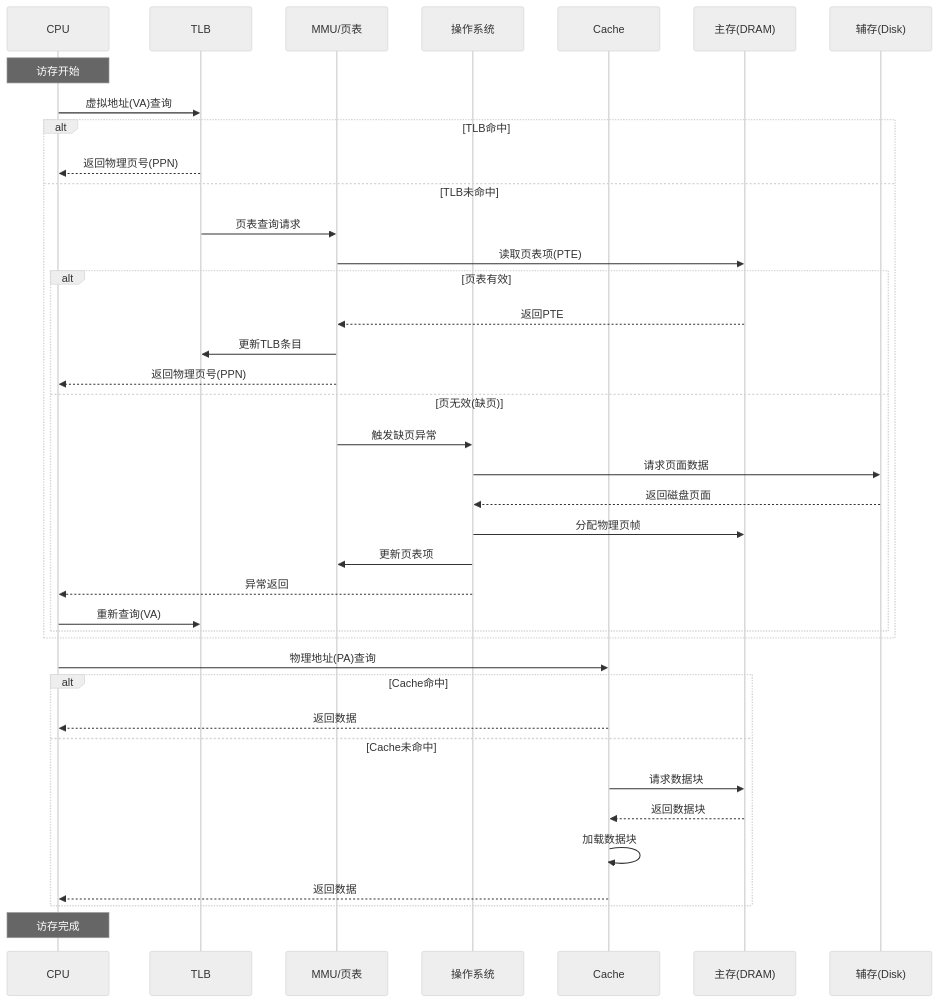
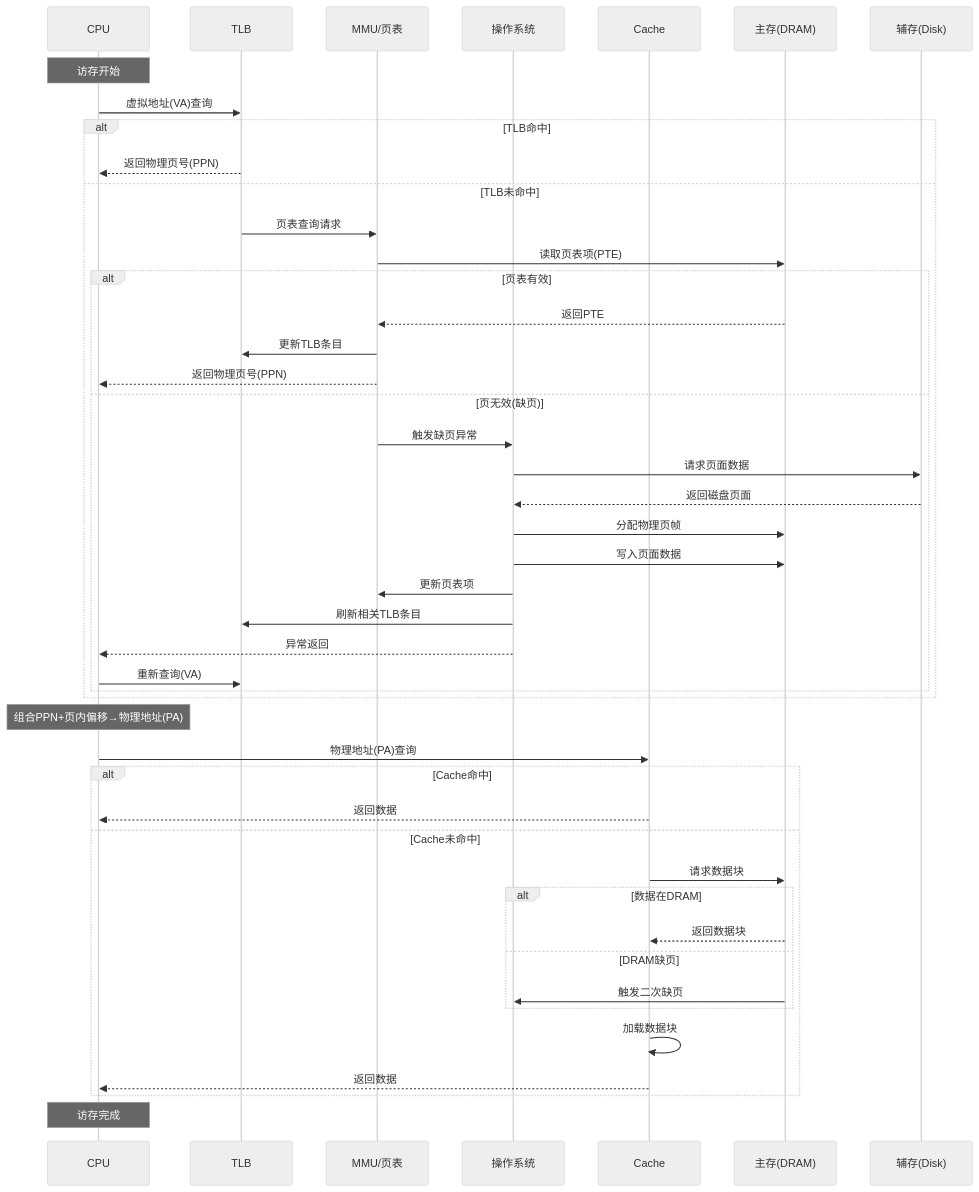
The first of 3 diagrams in main/408/co/Computer Organization.md (iAeternus/MyPGEE), drawn with Mermaid (neutral theme) before and after one commit. The commit also changed other lines of this file and 10 other files, not shown here.

````diff
--- a/main/408/co/Computer Organization.md
+++ b/main/408/co/Computer Organization.md
@@ -593,43 +593,50 @@
 ```mermaid
 sequenceDiagram
     participant CPU as CPU
     participant TLB as TLB
     participant MMU as MMU/页表
     participant OS as 操作系统
     participant Cache as Cache
     participant DRAM as 主存(DRAM)
     participant Disk as 辅存(Disk)
 
     Note over CPU: 访存开始
     CPU->>TLB: 虚拟地址(VA)查询
     alt TLB命中
         TLB-->>CPU: 返回物理页号(PPN)
     else TLB未命中
         TLB->>MMU: 页表查询请求
         MMU->>DRAM: 读取页表项(PTE)
         alt 页表有效
             DRAM-->>MMU: 返回PTE
             MMU->>TLB: 更新TLB条目
             MMU-->>CPU: 返回物理页号(PPN)
         else 页无效(缺页)
             MMU->>OS: 触发缺页异常
             OS->>Disk: 请求页面数据
             Disk-->>OS: 返回磁盘页面
             OS->>DRAM: 分配物理页帧
+            OS->>DRAM: 写入页面数据
             OS->>MMU: 更新页表项
+            OS->>TLB: 刷新相关TLB条目
             OS-->>CPU: 异常返回
             CPU->>TLB: 重新查询(VA)
         end
     end
 
+    Note over CPU: 组合PPN+页内偏移→物理地址(PA)
     CPU->>Cache: 物理地址(PA)查询
     alt Cache命中
         Cache-->>CPU: 返回数据
     else Cache未命中
         Cache->>DRAM: 请求数据块
-        DRAM-->>Cache: 返回数据块
+        alt 数据在DRAM
+            DRAM-->>Cache: 返回数据块
+        else DRAM缺页
+            DRAM->>OS: 触发二次缺页
+        end
         Cache->>Cache: 加载数据块
         Cache-->>CPU: 返回数据
     end
     Note over CPU: 访存完成
 ```
````
